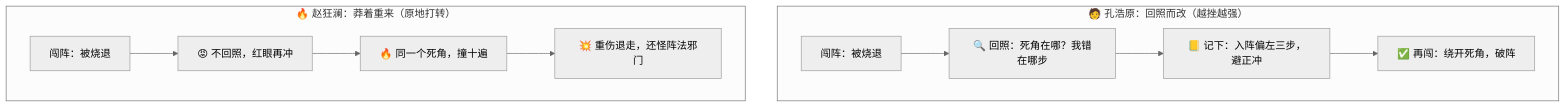
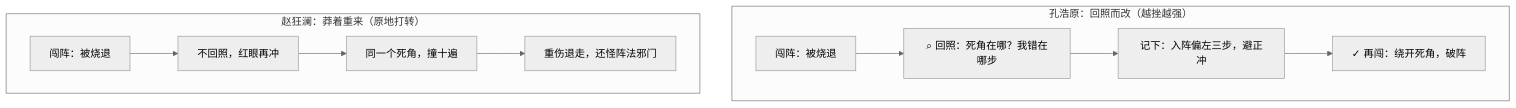
One commit to luckykhy/KhyAiHub changed the third of 3 diagrams in docs/09_STORY_修仙学AI/STORY-番外/[STORY-番外-108] 番外09·回照自省·闻过则改.md. Above: the diagram before and after it, drawn with Mermaid (neutral theme). The commit also changed other lines of this file and 19 other files, not shown here.

````diff
--- a/docs/09_STORY_修仙学AI/STORY-番外/[STORY-番外-108] 番外09·回照自省·闻过则改.md
+++ b/docs/09_STORY_修仙学AI/STORY-番外/[STORY-番外-108] 番外09·回照自省·闻过则改.md
@@ -123,13 +123,13 @@
 ```mermaid
 flowchart TB
-  subgraph 孔["🧑 孔浩原：回照而改（越挫越强）"]
-    K1["闯阵：被烧退"] --> K2["🔍 回照：死角在哪？我错在哪步"]
-    K2 --> K3["📒 记下：入阵偏左三步，避正冲"]
-    K3 --> K4["✅ 再闯：绕开死角，破阵"]
+  subgraph 孔["孔浩原：回照而改（越挫越强）"]
+    K1["闯阵：被烧退"] --> K2["⌕ 回照：死角在哪？我错在哪步"]
+    K2 --> K3["记下：入阵偏左三步，避正冲"]
+    K3 --> K4["✓ 再闯：绕开死角，破阵"]
   end
-  subgraph 赵["🔥 赵狂澜：莽着重来（原地打转）"]
-    Z1["闯阵：被烧退"] --> Z2["😡 不回照，红眼再冲"]
-    Z2 --> Z3["🔥 同一个死角，撞十遍"]
-    Z3 --> Z4["💥 重伤退走，还怪阵法邪门"]
+  subgraph 赵["赵狂澜：莽着重来（原地打转）"]
+    Z1["闯阵：被烧退"] --> Z2["不回照，红眼再冲"]
+    Z2 --> Z3["同一个死角，撞十遍"]
+    Z3 --> Z4["重伤退走，还怪阵法邪门"]
   end
 ```
````
